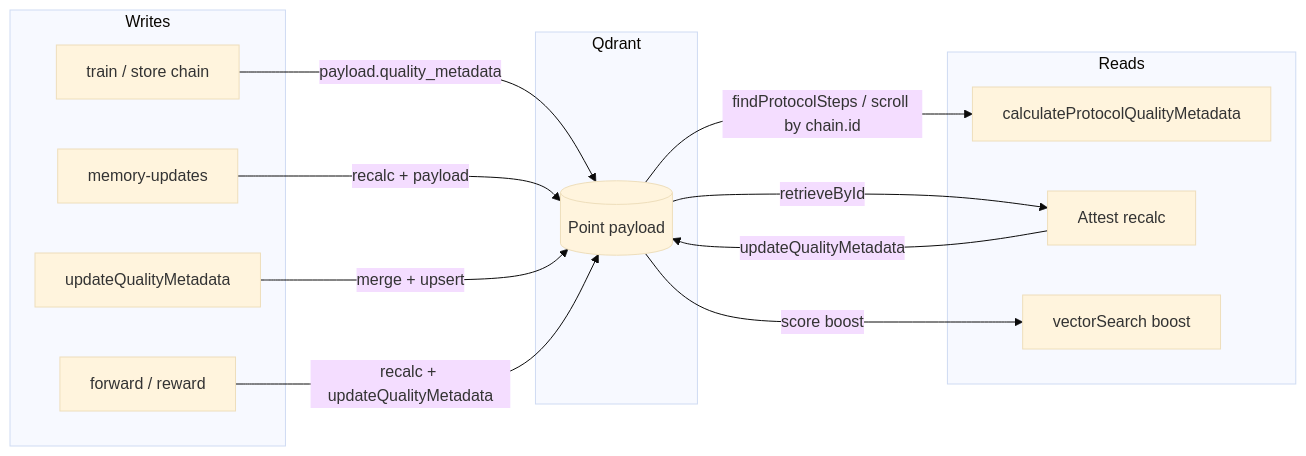
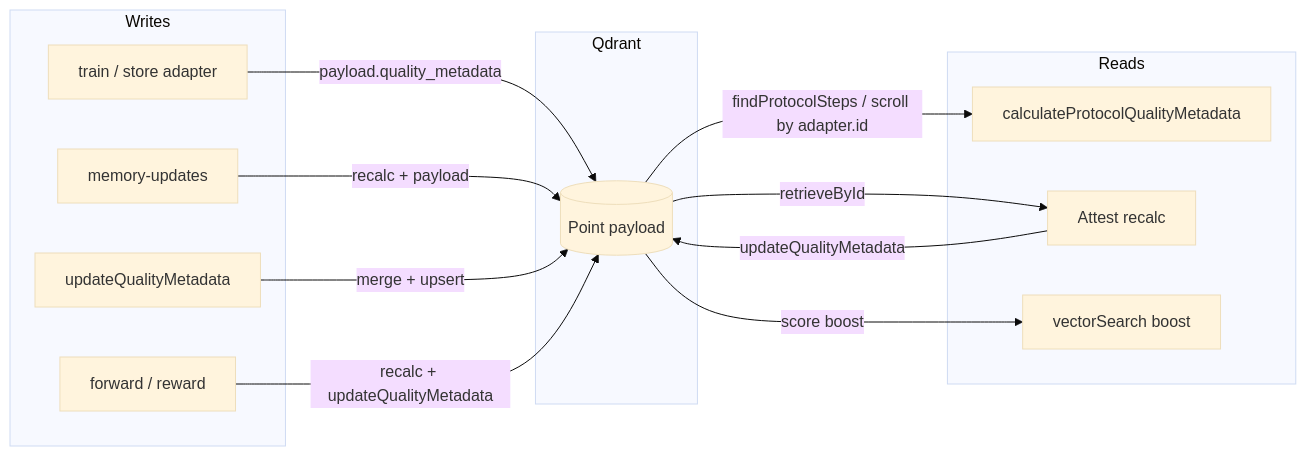
Before and after one commit to debian777/kairos-mcp: the diagram in docs/architecture/quality-metadata.md, drawn with Mermaid (base theme). The commit also changed other lines of this file and 137 other files, not shown here.

````diff
--- a/docs/architecture/quality-metadata.md
+++ b/docs/architecture/quality-metadata.md
@@ -179,29 +179,29 @@
 ```mermaid
 flowchart LR
   subgraph writes["Writes"]
-    A[train / store chain]
+    A[train / store adapter]
     B[memory-updates]
     C[updateQualityMetadata]
     D[forward / reward]
   end
 
   subgraph storage["Qdrant"]
     P[(Point payload)]
   end
 
   subgraph reads["Reads"]
     E[calculateProtocolQualityMetadata]
     F[Attest recalc]
     G[vectorSearch boost]
   end
 
   A -->|payload.quality_metadata| P
   B -->|recalc + payload| P
   C -->|merge + upsert| P
   D -->|recalc + updateQualityMetadata| P
 
-  P -->|findProtocolSteps / scroll by chain.id| E
+  P -->|findProtocolSteps / scroll by adapter.id| E
   P -->|retrieveById| F
   P -->|score boost| G
   F -->|updateQualityMetadata| P
 ```
````
